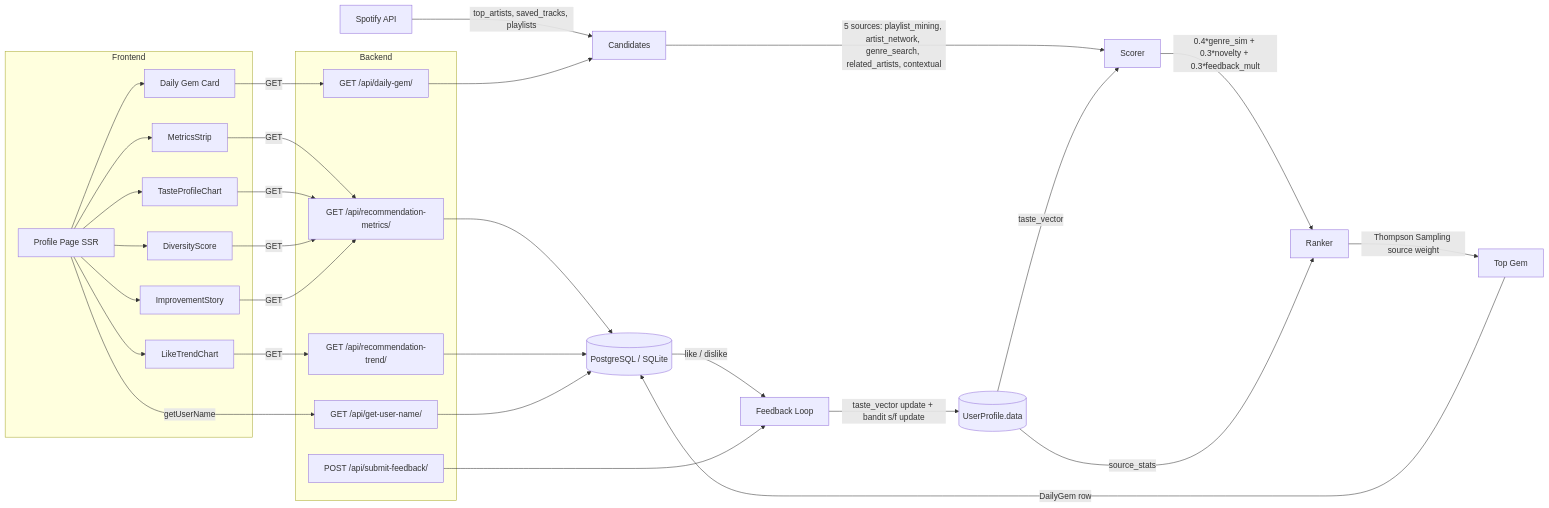
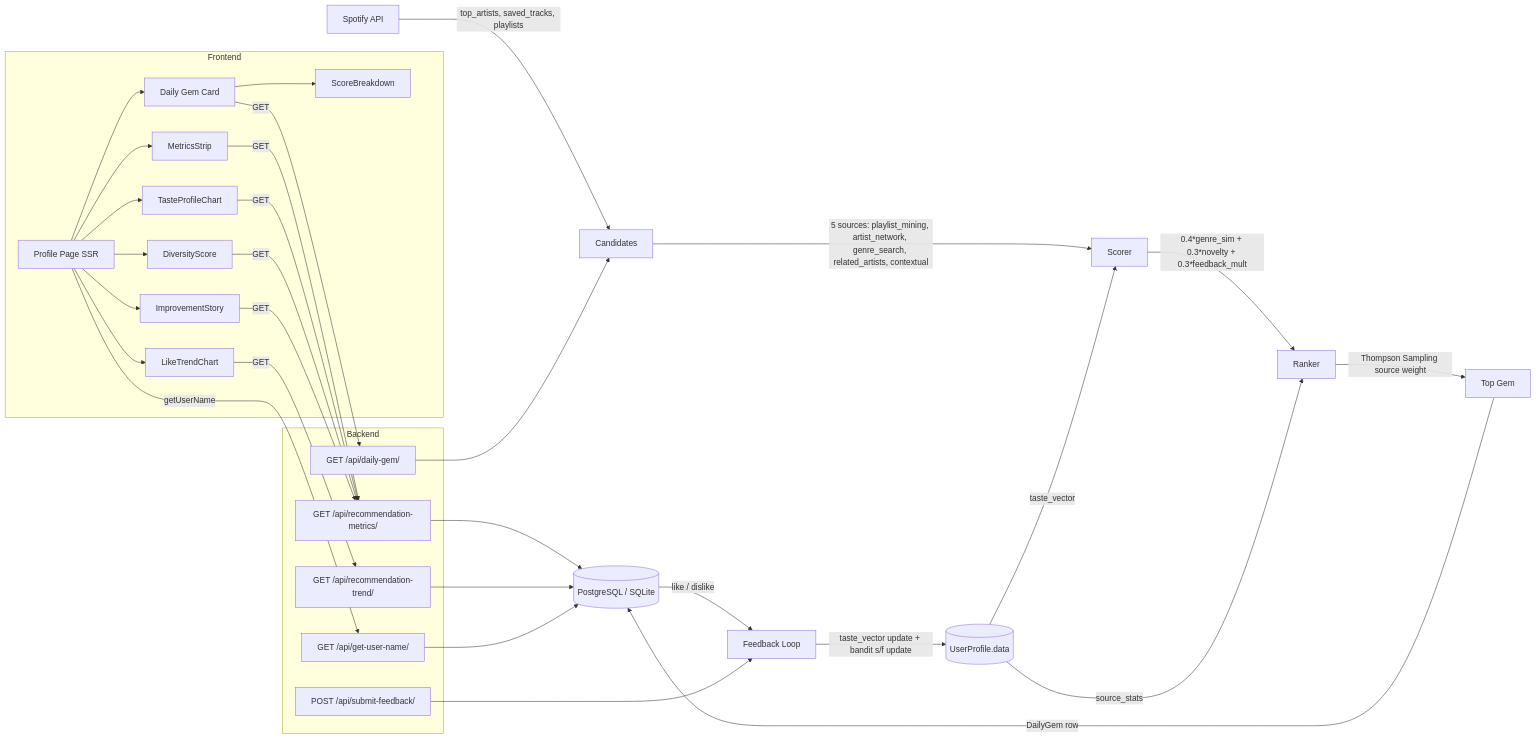
The diagram in SYSTEM_DESIGN.md (alueddeke/songscope), drawn with Mermaid before and after one commit. The commit also changed other lines of this file, not shown here.

Commit message:
docs(09-02): expand DailyGem persistence table and add ScoreBreakdown to diagram (G-03, G-06 partial)
- DailyGem row now lists all 9 fields: score_breakdown, score_total, was_saved,
  taste_vector_snapshot, was_skipped (with purpose explanations for each)
- ScoreBreakdown[ScoreBreakdown] added to Architecture Diagram Frontend subgraph
- DailyGemUI --> ScoreBreakdown arrow added in mermaid flowchart

````diff
--- a/SYSTEM_DESIGN.md
+++ b/SYSTEM_DESIGN.md
@@ -9,52 +9,54 @@
 ```mermaid
 flowchart LR
     subgraph Frontend
         Profile[Profile Page SSR]
         DailyGemUI[Daily Gem Card]
         MetricsStrip[MetricsStrip]
         LikeTrendChart[LikeTrendChart]
         TasteProfileChart[TasteProfileChart]
         DiversityScore[DiversityScore]
         ImprovementStory[ImprovementStory]
+        ScoreBreakdown[ScoreBreakdown]
     end
 
     subgraph Backend
         GemView[GET /api/daily-gem/]
         FeedbackView[POST /api/submit-feedback/]
         MetricsView[GET /api/recommendation-metrics/]
         TrendView[GET /api/recommendation-trend/]
         UserNameView[GET /api/get-user-name/]
     end
 
     Profile -->|getUserName| UserNameView
     Profile --> DailyGemUI
     Profile --> MetricsStrip
     Profile --> LikeTrendChart
     Profile --> TasteProfileChart
     Profile --> DiversityScore
     Profile --> ImprovementStory
 
     DailyGemUI -->|GET| GemView
+    DailyGemUI --> ScoreBreakdown
     MetricsStrip -->|GET| MetricsView
     LikeTrendChart -->|GET| TrendView
     TasteProfileChart -->|GET| MetricsView
     DiversityScore -->|GET| MetricsView
     ImprovementStory -->|GET| MetricsView
 
     MetricsView --> DB[(PostgreSQL / SQLite)]
     TrendView --> DB
     UserNameView --> DB
 
     Spotify[Spotify API] -->|top_artists, saved_tracks, playlists| Candidates
     Candidates -->|5 sources: playlist_mining, artist_network, genre_search, related_artists, contextual| Scorer
     Scorer -->|0.4*genre_sim + 0.3*novelty + 0.3*feedback_mult| Ranker
     Ranker -->|Thompson Sampling source weight| TopGem[Top Gem]
     TopGem -->|DailyGem row| DB
     DB -->|like / dislike| FeedbackLoop[Feedback Loop]
     FeedbackLoop -->|taste_vector update + bandit s/f update| UserProfile[(UserProfile.data)]
     UserProfile -->|taste_vector| Scorer
     UserProfile -->|source_stats| Ranker
 
     GemView --> Candidates
     FeedbackView --> FeedbackLoop
 ```
````
